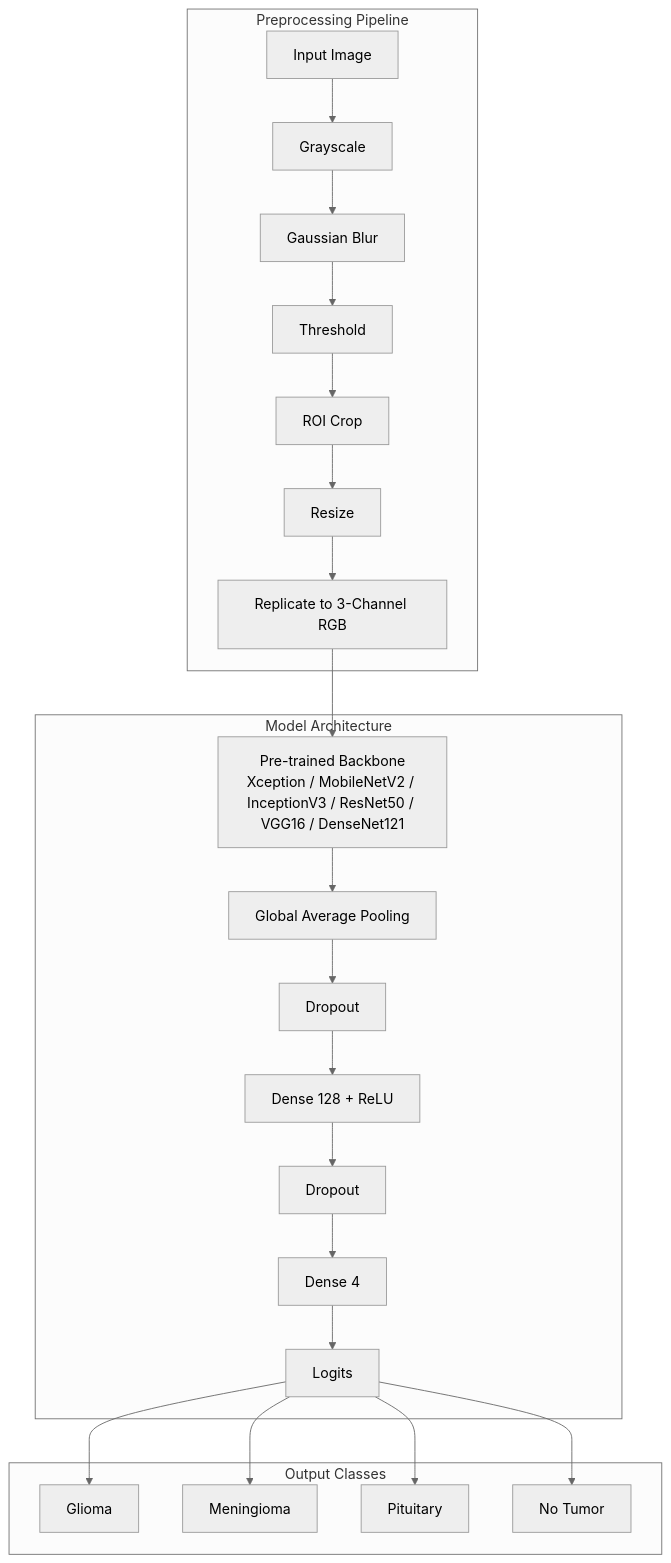
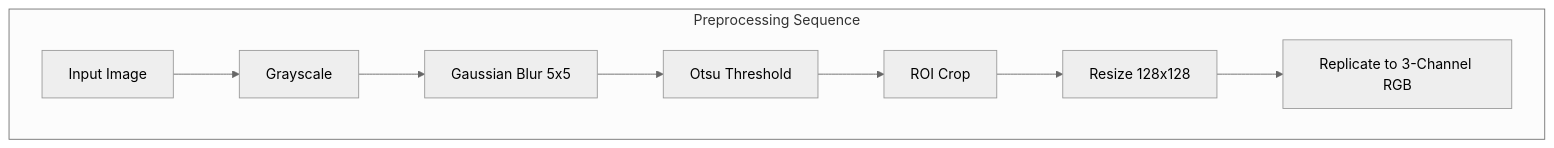
Before and after one commit to RamaVenkataCharan/Brain-Tumor-MRI-Classification: the diagram in README.md, drawn with Mermaid (neutral theme). The commit also changed other lines of this file, not shown here.

````diff
--- a/README.md
+++ b/README.md
@@ -22,28 +33,11 @@
 ```mermaid
 graph TD
-    subgraph Preprocessing Pipeline
+    subgraph Preprocessing Sequence
         A[Input Image] --> B[Grayscale]
-        B --> C[Gaussian Blur]
-        C --> D[Threshold]
+        B --> C[Gaussian Blur 5x5]
+        C --> D[Otsu Threshold]
         D --> E[ROI Crop]
-        E --> F[Resize]
+        E --> F[Resize 128x128]
         F --> G[Replicate to 3-Channel RGB]
-    end
-    
-    subgraph Model Architecture
-        G --> H[Pre-trained Backbone<br>Xception / MobileNetV2 / InceptionV3 / ResNet50 / VGG16 / DenseNet121]
-        H --> I[Global Average Pooling]
-        I --> J[Dropout]
-        J --> K[Dense 128 + ReLU]
-        K --> L[Dropout]
-        L --> M[Dense 4]
-        M --> N[Logits]
-    end
-
-    subgraph Output Classes
-        N --> O[Glioma]
-        N --> P[Meningioma]
-        N --> Q[Pituitary]
-        N --> R[No Tumor]
-    end
+      end
 ```
````
